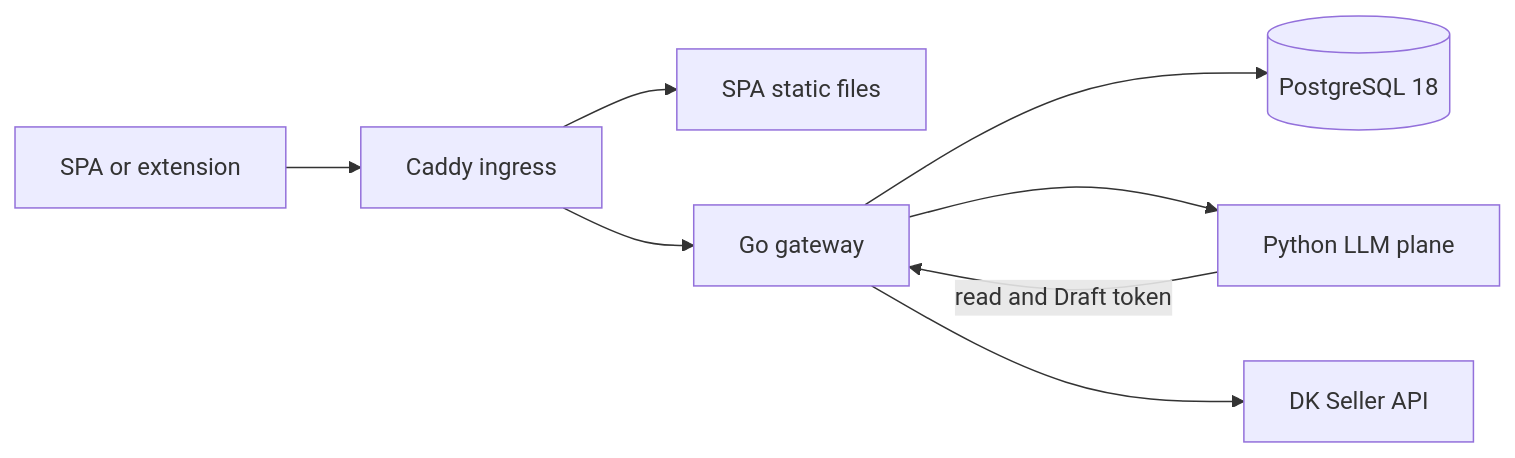
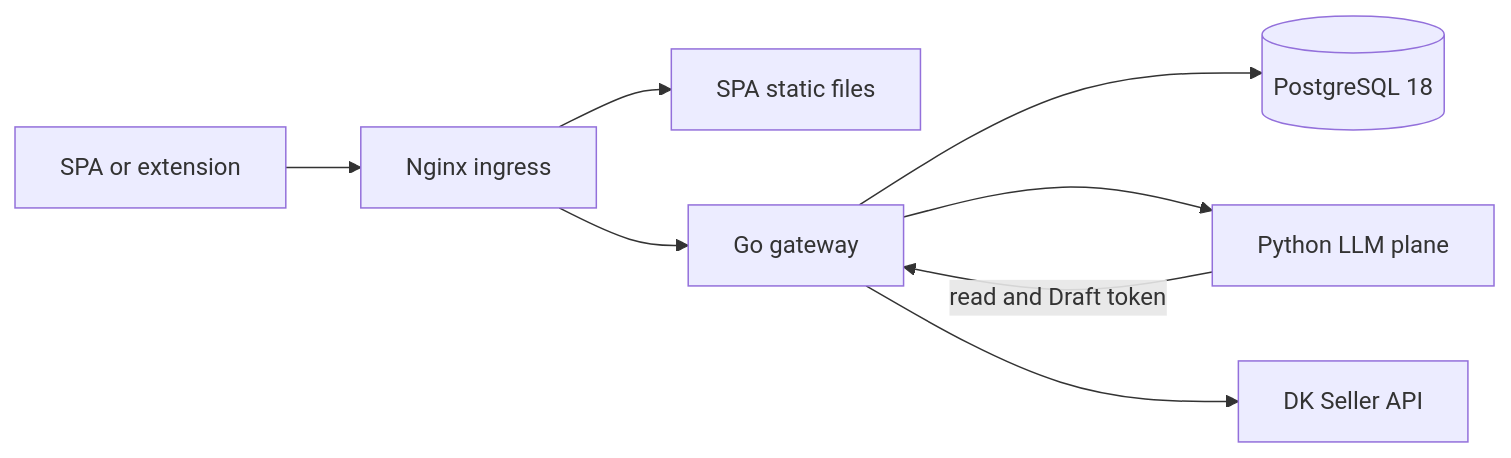
One commit to mhosseinab/market-ops changed the diagram in DEPLOYMENT.md. Above: the diagram before and after it, drawn with Mermaid. The commit also changed other lines of this file and 19 other files, not shown here.

Commit message:
fix(release): replace caddy with nginx

````diff
--- a/DEPLOYMENT.md
+++ b/DEPLOYMENT.md
@@ -24,10 +24,10 @@
 ```mermaid
 flowchart LR
-    Browser[SPA or extension] --> Caddy[Caddy ingress]
-    Caddy --> Web[SPA static files]
-    Caddy --> Core[Go gateway]
+    Browser[SPA or extension] --> Nginx[Nginx ingress]
+    Nginx --> Web[SPA static files]
+    Nginx --> Core[Go gateway]
     Core --> DB[(PostgreSQL 18)]
     Core --> LLM[Python LLM plane]
     LLM -->|read and Draft token| Core
     Core --> DK[DK Seller API]
 ```
````
